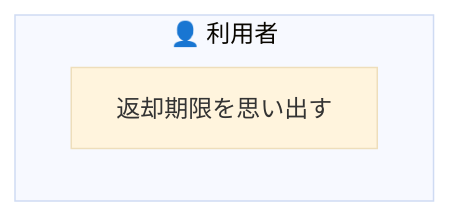
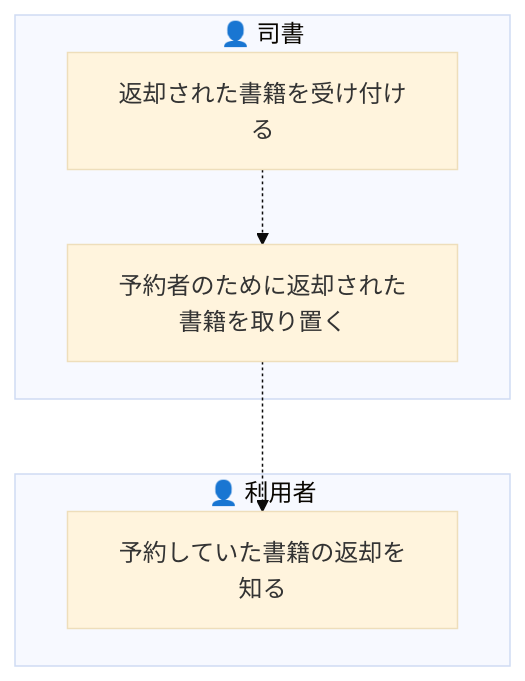
Before and after one commit to suwa-sh/suwa-sh-claude-plugins: the sixth of 9 diagrams in samples/distillery2/library-loan/docs/requirements/rdra/views/03_業務フロー.md, drawn with Mermaid (base theme). The commit also changed other lines of this file and 249 other files, not shown here.

````diff
--- a/samples/distillery2/library-loan/docs/requirements/rdra/views/03_業務フロー.md
+++ b/samples/distillery2/library-loan/docs/requirements/rdra/views/03_業務フロー.md
@@ -142,6 +133,12 @@
 ```mermaid
 graph TD
-  subgraph LN1["👤 利用者"]
-    AT1["返却期限を思い出す"]
+  subgraph LN1["👤 司書"]
+    AT1["返却された書籍を受け付ける"]
+    AT2["予約者のために返却された書籍を取り置く"]
   end
+  subgraph LN2["👤 利用者"]
+    AT3["予約していた書籍の返却を知る"]
+  end
+  AT1 -.-> AT2
+  AT2 -.-> AT3
 ```
````
